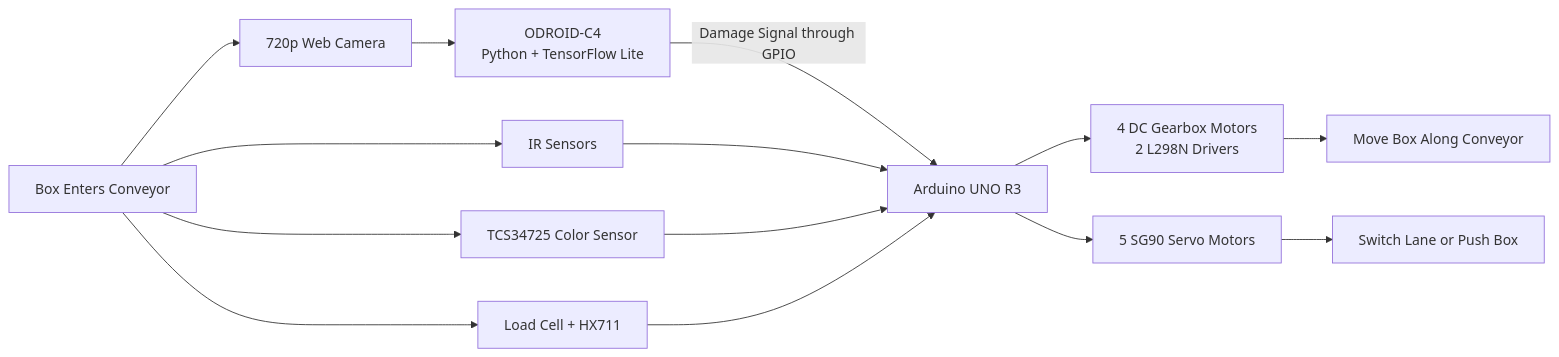
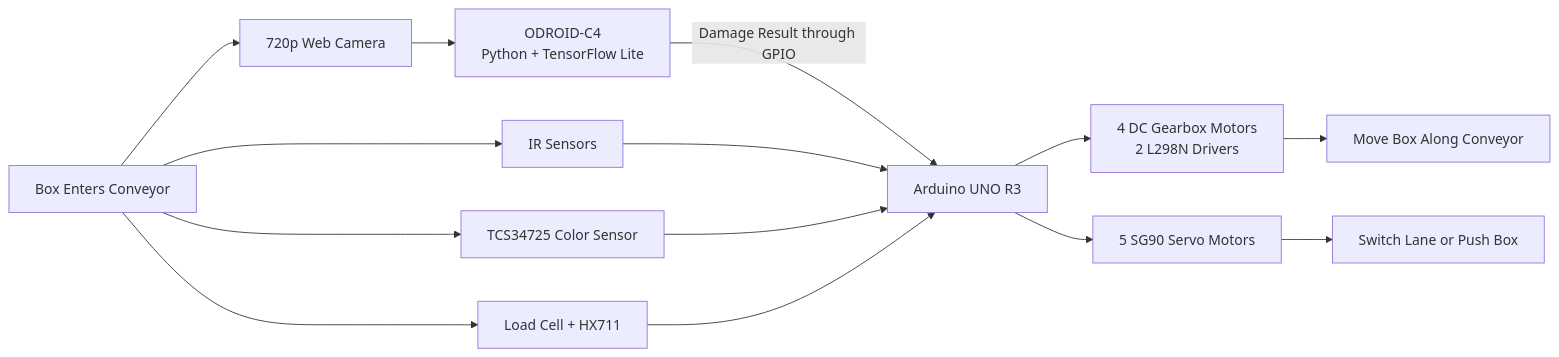
One commit to sanpipop/Arduino-Based-Conveyor-Belt-Sorting-System changed the first of 2 diagrams in README.md. Above: the diagram before and after it, drawn with Mermaid. The commit also changed other lines of this file, not shown here.

````diff
--- a/README.md
+++ b/README.md
@@ -13,20 +13,20 @@
 ```mermaid
 flowchart LR
     Box[Box Enters Conveyor] --> IR[IR Sensors]
     Box --> Color[TCS34725 Color Sensor]
+    Box --> Camera[720p Web Camera]
     Box --> Weight[Load Cell + HX711]
-    Box --> Camera[720p Web Camera]
 
     Camera --> ODROID[ODROID-C4<br/>Python + TensorFlow Lite]
-    ODROID -->|Damage Signal through GPIO| Arduino[Arduino UNO R3]
+    ODROID -->|Damage Result through GPIO| Arduino[Arduino UNO R3]
 
     IR --> Arduino
     Color --> Arduino
     Weight --> Arduino
 
     Arduino --> Motors[4 DC Gearbox Motors<br/>2 L298N Drivers]
     Arduino --> Servos[5 SG90 Servo Motors]
 
     Motors --> Move[Move Box Along Conveyor]
-    Servos --> Actuate[Switch Lane or Push Box]
+    Servos --> Sort[Switch Lane or Push Box]
 ```
````
